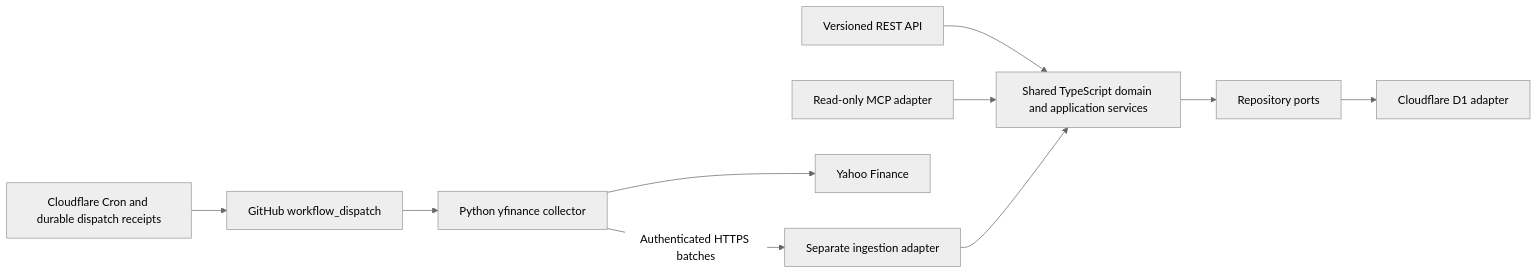
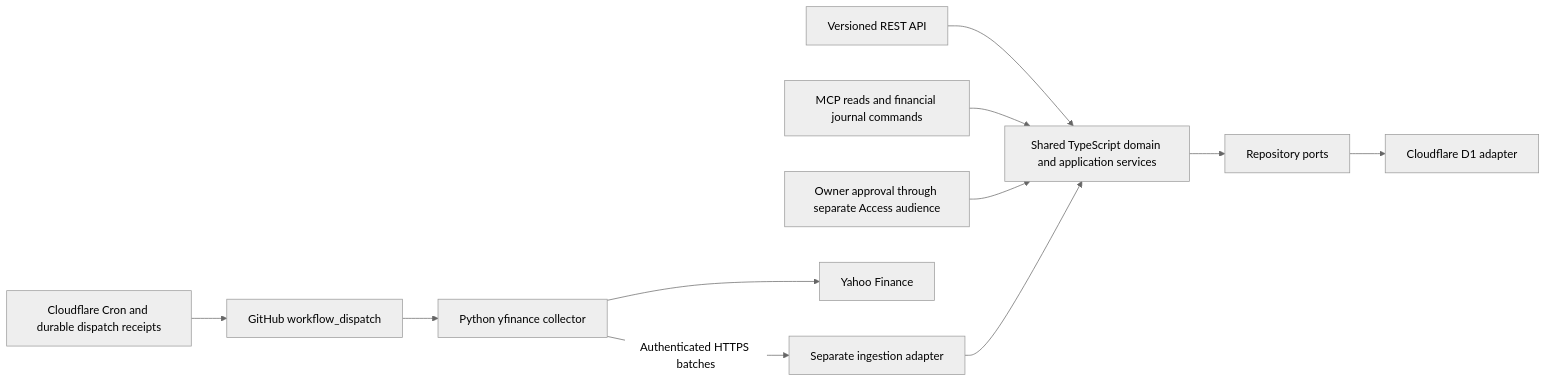
One commit to damienSavoldelli/pea-tracker changed the diagram in README.md. Above: the diagram before and after it, drawn with Mermaid (neutral theme). The commit also changed other lines of this file and 11 other files, not shown here.

````diff
--- a/README.md
+++ b/README.md
@@ -27,12 +29,13 @@
 ```mermaid
 flowchart LR
   REST[Versioned REST API] --> Services[Shared TypeScript domain and application services]
-  MCP[Read-only MCP adapter] --> Services
+  MCP[MCP reads and financial journal commands] --> Services
+  Browser[Owner approval through separate Access audience] --> Services
   Services --> Ports[Repository ports]
   Ports --> D1[Cloudflare D1 adapter]
   Collector[Python yfinance collector] --> Provider[Yahoo Finance]
   Collector -->|Authenticated HTTPS batches| Ingestion[Separate ingestion adapter]
   Ingestion --> Services
   Cron[Cloudflare Cron and durable dispatch receipts] --> Actions[GitHub workflow_dispatch]
   Actions --> Collector
 ```
````
